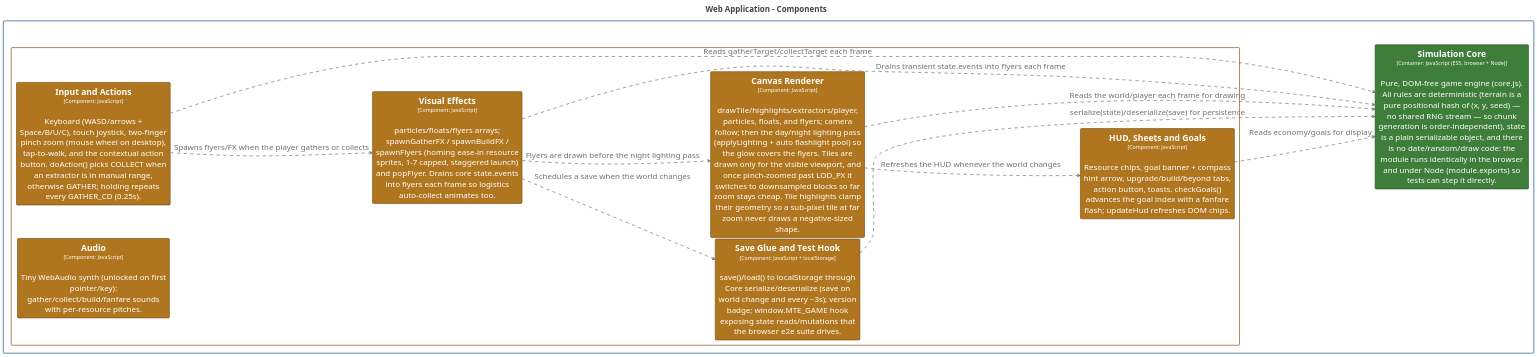
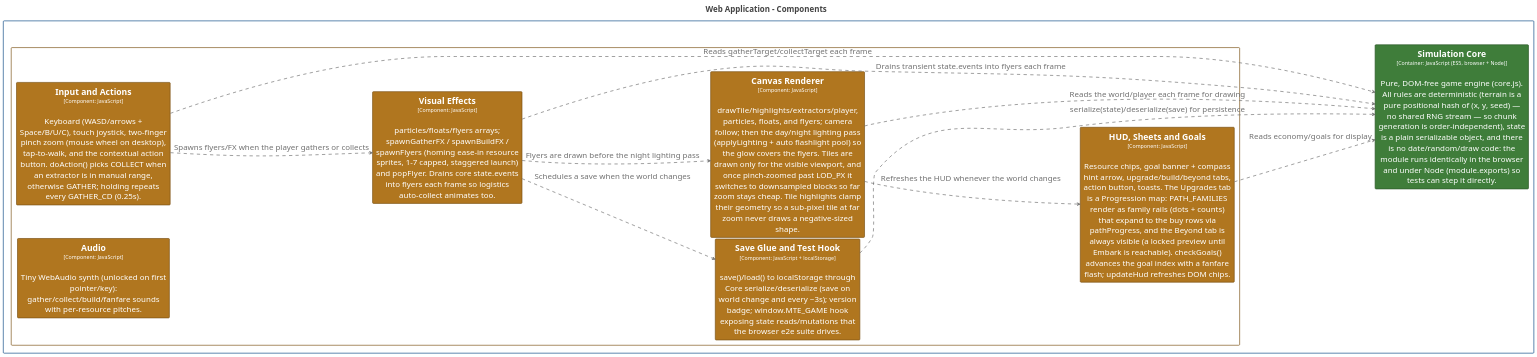
One commit to bitkojine/more-than-enough changed the diagram in structurizr/diagrams/AppComponents.puml. Above: the diagram before and after it, drawn with PlantUML. The commit also changed 18 other files, not shown here.

First line of the commit message:
v0.12.0: feat — Progression map replaces the flat Upgrades list

```diff
--- a/structurizr/diagrams/AppComponents.puml
+++ b/structurizr/diagrams/AppComponents.puml
@@ -2,95 +2,95 @@
 @startuml
 title <size:24>Web Application - Components</size>
 
 set separator none
 left to right direction
 skinparam ranksep 20
 skinparam nodesep 5
 hide stereotype
 
 <style>
   root {
     BackgroundColor: #ffffff;
     FontColor: #444444;
   }
   // Element,Component,Presentation
   .Element-RWxlbWVudCxDb21wb25lbnQsUHJlc2VudGF0aW9u {
     BackgroundColor: #b0761f;
     LineColor: #7b5215;
     LineStyle: 0;
     LineThickness: 2;
     FontColor: #ffffff;
     FontSize: 24;
     HorizontalAlignment: center;
     Shadowing: 0;
     MaximumWidth: 450;
   }
   // Element,Container,Core Engine
   .Element-RWxlbWVudCxDb250YWluZXIsQ29yZSBFbmdpbmU= {
     BackgroundColor: #3f7d3a;
     LineColor: #2c5728;
     LineStyle: 0;
     LineThickness: 2;
     FontColor: #ffffff;
     FontSize: 24;
     HorizontalAlignment: center;
     Shadowing: 0;
     MaximumWidth: 450;
   }
   // Relationship
   .Relationship-UmVsYXRpb25zaGlw {
     LineThickness: 2;
     LineStyle: 10-10;
     LineColor: #707070;
     FontColor: #707070;
     FontSize: 24;
     MaximumWidth: 200;
   }
   // MORE THAN ENOUGH
   .Boundary-TU9SRSBUSEFOIEVOT1VHSA== {
     BackgroundColor: #ffffff;
     LineColor: #0b4884;
     LineStyle: 0;
     LineThickness: 2;
     FontColor: #ffffff;
     FontSize: 24;
     HorizontalAlignment: center;
     Shadowing: 0;
   }
   // Web Application
   .Boundary-V2ViIEFwcGxpY2F0aW9u {
     BackgroundColor: #ffffff;
     LineColor: #7b5215;
     LineStyle: 0;
     LineThickness: 2;
     FontColor: #ffffff;
     FontSize: 24;
     HorizontalAlignment: center;
     Shadowing: 0;
   }
 </style>
 
 rectangle "MORE THAN ENOUGH\n<size:16>[Software System]</size>" <<Boundary-TU9SRSBUSEFOIEVOT1VHSA==>> {
   rectangle "Web Application\n<size:16>[Container: HTML/CSS/JavaScript]</size>" <<Boundary-V2ViIEFwcGxpY2F0aW9u>> {
     rectangle "==Save Glue and Test Hook\n<size:16>[Component: JavaScript + localStorage]</size>\n\nsave()/load() to localStorage through Core serialize/deserialize (save on world change and every ~3s); version badge; window.MTE_GAME hook exposing state reads/mutations that the browser e2e suite drives." <<Element-RWxlbWVudCxDb21wb25lbnQsUHJlc2VudGF0aW9u>> as MORETHANENOUGH.WebApplication.SaveGlueandTestHook
     rectangle "==Input and Actions\n<size:16>[Component: JavaScript]</size>\n\nKeyboard (WASD/arrows + Space/B/U/C), touch joystick, two-finger pinch zoom (mouse wheel on desktop), tap-to-walk, and the contextual action button. doAction() picks COLLECT when an extractor is in manual range, otherwise GATHER; holding repeats every GATHER_CD (0.25s)." <<Element-RWxlbWVudCxDb21wb25lbnQsUHJlc2VudGF0aW9u>> as MORETHANENOUGH.WebApplication.InputandActions
     rectangle "==Canvas Renderer\n<size:16>[Component: JavaScript]</size>\n\ndrawTile/highlights/extractors/player, particles, floats, and flyers; camera follow; then the day/night lighting pass (applyLighting + auto flashlight pool) so the glow covers the flyers. Tiles are drawn only for the visible viewport, and once pinch-zoomed past LOD_PX it switches to downsampled blocks so far zoom stays cheap. Tile highlights clamp their geometry so a sub-pixel tile at far zoom never draws a negative-sized shape." <<Element-RWxlbWVudCxDb21wb25lbnQsUHJlc2VudGF0aW9u>> as MORETHANENOUGH.WebApplication.CanvasRenderer
     rectangle "==Visual Effects\n<size:16>[Component: JavaScript]</size>\n\nparticles/floats/flyers arrays; spawnGatherFX / spawnBuildFX / spawnFlyers (homing ease-in resource sprites, 1-7 capped, staggered launch) and popFlyer. Drains core state.events into flyers each frame so logistics auto-collect animates too." <<Element-RWxlbWVudCxDb21wb25lbnQsUHJlc2VudGF0aW9u>> as MORETHANENOUGH.WebApplication.VisualEffects
-    rectangle "==HUD, Sheets and Goals\n<size:16>[Component: JavaScript]</size>\n\nResource chips, goal banner + compass hint arrow, upgrade/build/beyond tabs, action button, toasts. checkGoals() advances the goal index with a fanfare flash; updateHud refreshes DOM chips." <<Element-RWxlbWVudCxDb21wb25lbnQsUHJlc2VudGF0aW9u>> as MORETHANENOUGH.WebApplication.HUDSheetsandGoals
+    rectangle "==HUD, Sheets and Goals\n<size:16>[Component: JavaScript]</size>\n\nResource chips, goal banner + compass hint arrow, upgrade/build/beyond tabs, action button, toasts. The Upgrades tab is a Progression map: PATH_FAMILIES render as family rails (dots + counts) that expand to the buy rows via pathProgress, and the Beyond tab is always visible (a locked preview until Embark is reachable). checkGoals() advances the goal index with a fanfare flash; updateHud refreshes DOM chips." <<Element-RWxlbWVudCxDb21wb25lbnQsUHJlc2VudGF0aW9u>> as MORETHANENOUGH.WebApplication.HUDSheetsandGoals
     rectangle "==Audio\n<size:16>[Component: JavaScript]</size>\n\nTiny WebAudio synth (unlocked on first pointer/key): gather/collect/build/fanfare sounds with per-resource pitches." <<Element-RWxlbWVudCxDb21wb25lbnQsUHJlc2VudGF0aW9u>> as MORETHANENOUGH.WebApplication.Audio
   }
 
   rectangle "==Simulation Core\n<size:16>[Container: JavaScript (ES5, browser + Node)]</size>\n\nPure, DOM-free game engine (core.js). All rules are deterministic (terrain is a pure positional hash of (x, y, seed) — no shared RNG stream — so chunk generation is order-independent), state is a plain serializable object, and there is no date/random/draw code: the module runs identically in the browser and under Node (module.exports) so tests can step it directly." <<Element-RWxlbWVudCxDb250YWluZXIsQ29yZSBFbmdpbmU=>> as MORETHANENOUGH.SimulationCore
 }
 
 MORETHANENOUGH.WebApplication.InputandActions --> MORETHANENOUGH.SimulationCore <<Relationship-UmVsYXRpb25zaGlw>> : "Reads gatherTarget/collectTarget each frame"
 MORETHANENOUGH.WebApplication.CanvasRenderer --> MORETHANENOUGH.SimulationCore <<Relationship-UmVsYXRpb25zaGlw>> : "Reads the world/player each frame for drawing"
 MORETHANENOUGH.WebApplication.HUDSheetsandGoals --> MORETHANENOUGH.SimulationCore <<Relationship-UmVsYXRpb25zaGlw>> : "Reads economy/goals for display"
 MORETHANENOUGH.WebApplication.InputandActions --> MORETHANENOUGH.WebApplication.VisualEffects <<Relationship-UmVsYXRpb25zaGlw>> : "Spawns flyers/FX when the player gathers or collects"
 MORETHANENOUGH.WebApplication.VisualEffects --> MORETHANENOUGH.SimulationCore <<Relationship-UmVsYXRpb25zaGlw>> : "Drains transient state.events into flyers each frame"
 MORETHANENOUGH.WebApplication.VisualEffects --> MORETHANENOUGH.WebApplication.CanvasRenderer <<Relationship-UmVsYXRpb25zaGlw>> : "Flyers are drawn before the night lighting pass"
 MORETHANENOUGH.WebApplication.VisualEffects --> MORETHANENOUGH.WebApplication.SaveGlueandTestHook <<Relationship-UmVsYXRpb25zaGlw>> : "Schedules a save when the world changes"
 MORETHANENOUGH.WebApplication.CanvasRenderer --> MORETHANENOUGH.WebApplication.HUDSheetsandGoals <<Relationship-UmVsYXRpb25zaGlw>> : "Refreshes the HUD whenever the world changes"
 MORETHANENOUGH.WebApplication.SaveGlueandTestHook --> MORETHANENOUGH.SimulationCore <<Relationship-UmVsYXRpb25zaGlw>> : "serialize(state)/deserialize(save) for persistence"
 
 @enduml
```
